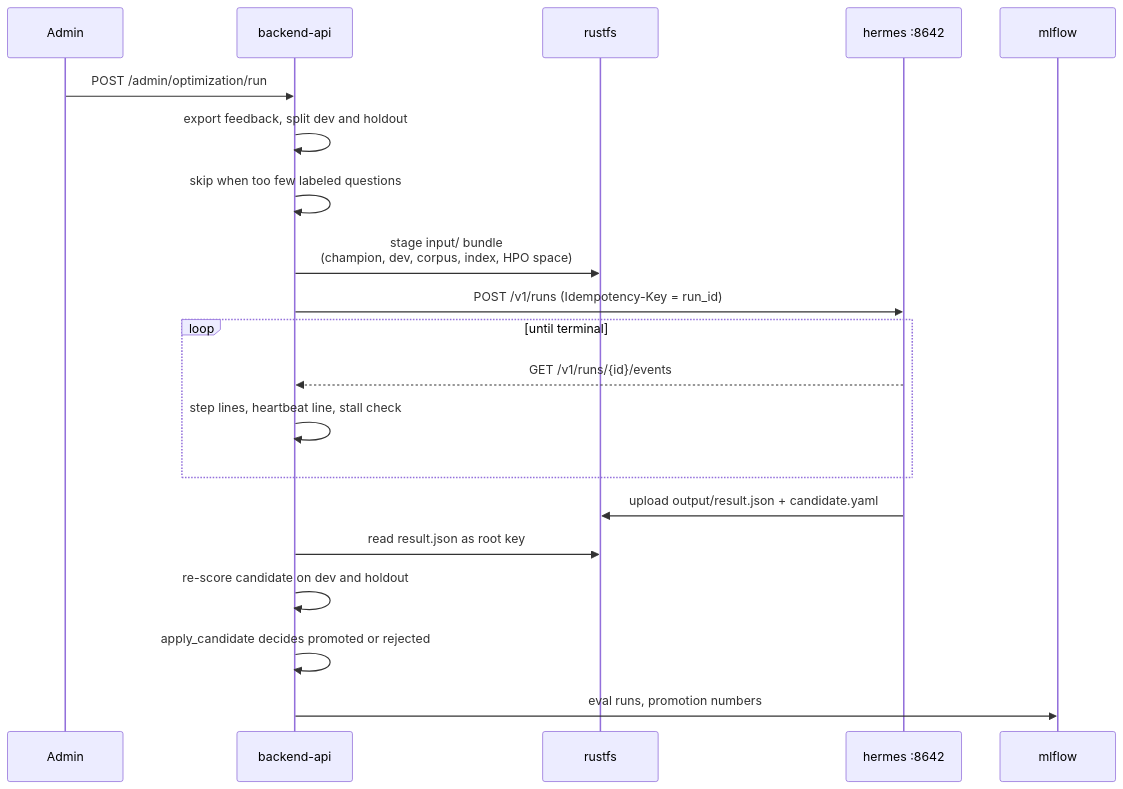
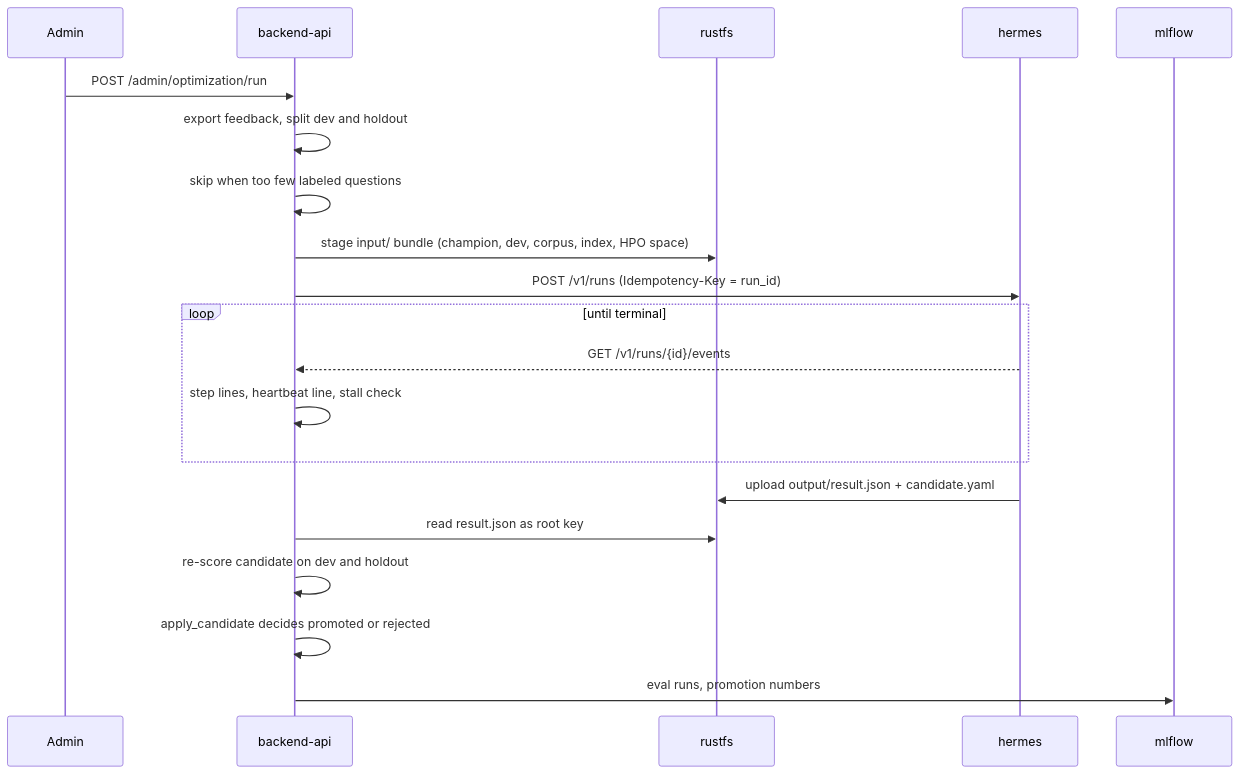
One commit to Mittelstand-Zukunftslab/deepfix-rag changed the second of 2 diagrams in README.md. Above: the diagram before and after it, drawn with Mermaid. The commit also changed other lines of this file, not shown here.

````diff
--- a/README.md
+++ b/README.md
@@ -491,23 +343,23 @@
 ```mermaid
 sequenceDiagram
     participant Admin
     participant API as backend-api
     participant S3 as rustfs
-    participant H as hermes :8642
+    participant H as hermes
     participant ML as mlflow
 
     Admin->>API: POST /admin/optimization/run
     API->>API: export feedback, split dev and holdout
     API->>API: skip when too few labeled questions
-    API->>S3: stage input/ bundle<br/>(champion, dev, corpus, index, HPO space)
+    API->>S3: stage input/ bundle (champion, dev, corpus, index, HPO space)
     API->>H: POST /v1/runs (Idempotency-Key = run_id)
     loop until terminal
         H-->>API: GET /v1/runs/{id}/events
         API->>API: step lines, heartbeat line, stall check
     end
     H->>S3: upload output/result.json + candidate.yaml
     API->>S3: read result.json as root key
     API->>API: re-score candidate on dev and holdout
     API->>API: apply_candidate decides promoted or rejected
     API->>ML: eval runs, promotion numbers
 ```
````
